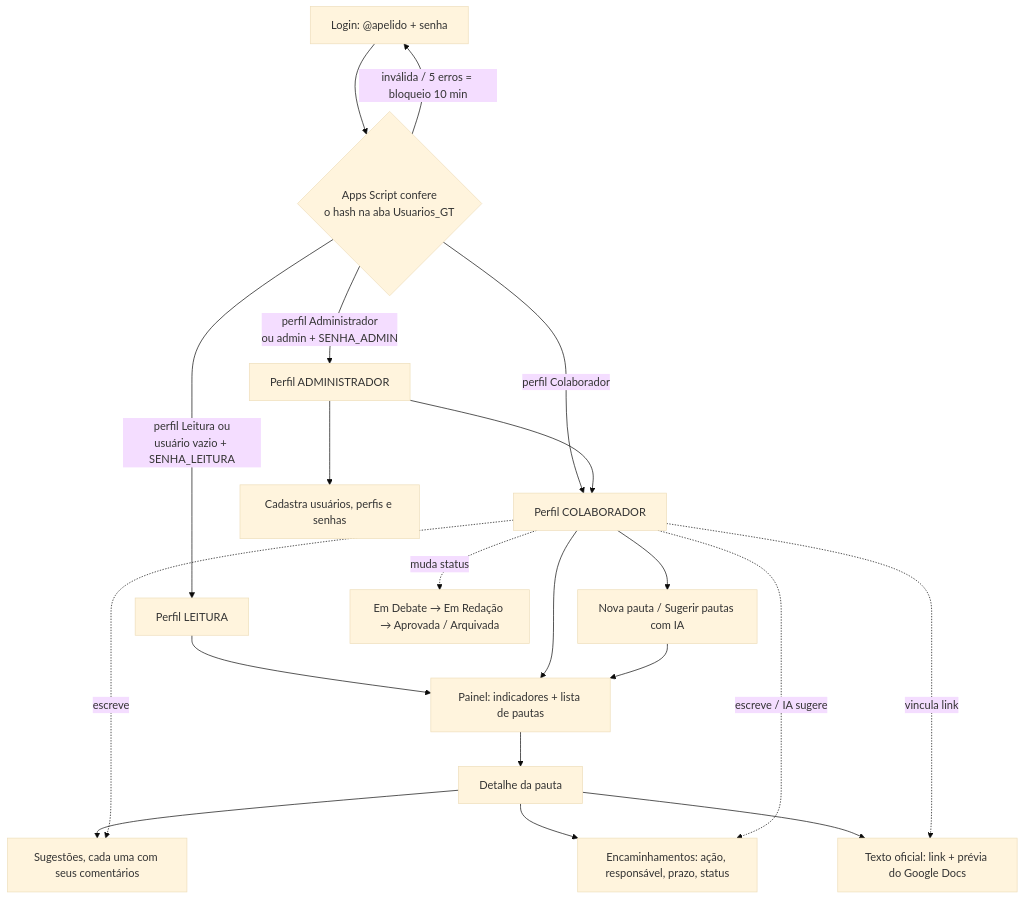
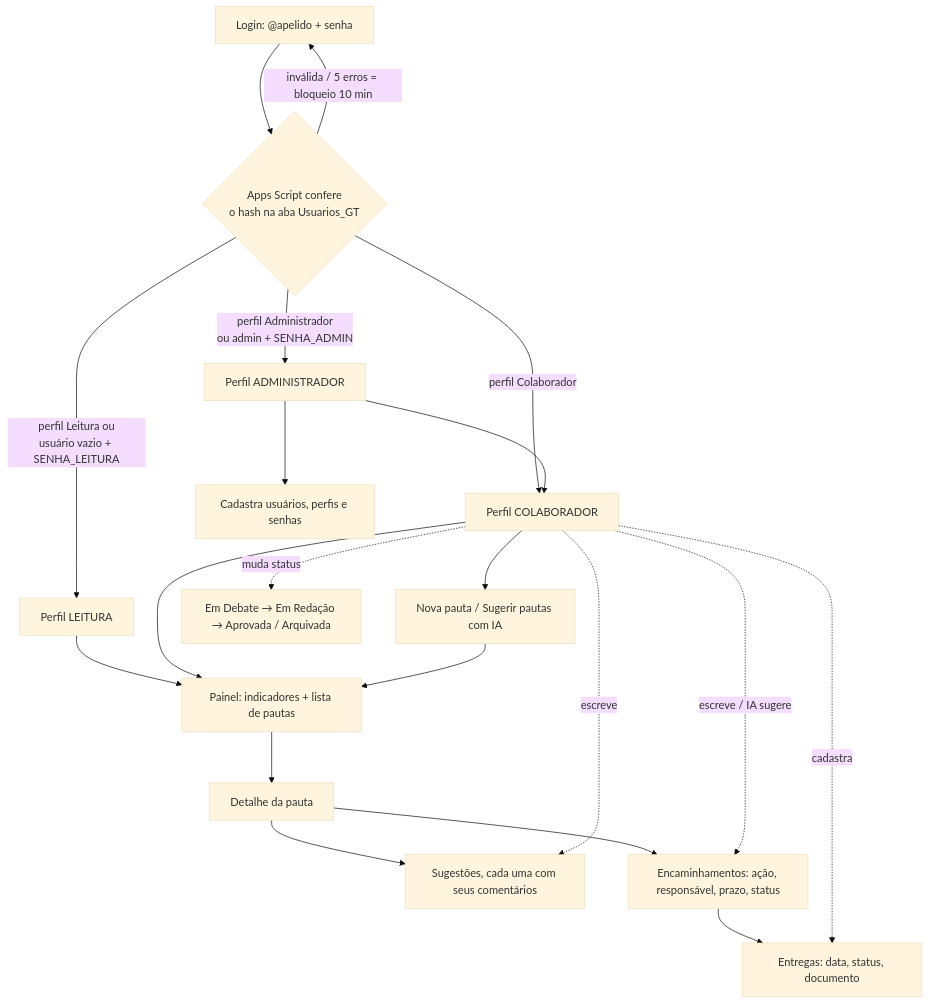
One commit to MarcoAurello/gerenciadorReunioesIA changed the first of 2 diagrams in LEIAME.md. Above: the diagram before and after it, drawn with Mermaid (base theme). The commit also changed other lines of this file and 6 other files, not shown here.

````diff
--- a/LEIAME.md
+++ b/LEIAME.md
@@ -18,25 +19,25 @@
 ```mermaid
 flowchart TD
     A[Login: @apelido + senha] --> B{Apps Script confere<br>o hash na aba Usuarios_GT}
     B -->|inválida / 5 erros = bloqueio 10 min| A
     B -->|perfil Leitura ou<br>usuário vazio + SENHA_LEITURA| L[Perfil LEITURA]
     B -->|perfil Colaborador| E[Perfil COLABORADOR]
     B -->|perfil Administrador<br>ou admin + SENHA_ADMIN| AD[Perfil ADMINISTRADOR]
     AD --> U[Cadastra usuários, perfis e senhas]
     AD --> E
 
     L --> P[Painel: indicadores + lista de pautas]
     E --> P
     E --> N[Nova pauta / Sugerir pautas com IA]
     N --> P
 
     P --> D[Detalhe da pauta]
     D --> D1[Sugestões, cada uma com seus comentários]
     D --> D2[Encaminhamentos: ação, responsável, prazo, status]
-    D --> D3[Texto oficial: link + prévia do Google Docs]
+    D2 --> D3[Entregas: data, status, documento]
 
     E -.escreve.-> D1
     E -.escreve / IA sugere.-> D2
-    E -.vincula link.-> D3
+    E -.cadastra.-> D3
     E -.muda status.-> S[Em Debate → Em Redação → Aprovada / Arquivada]
 ```
````
